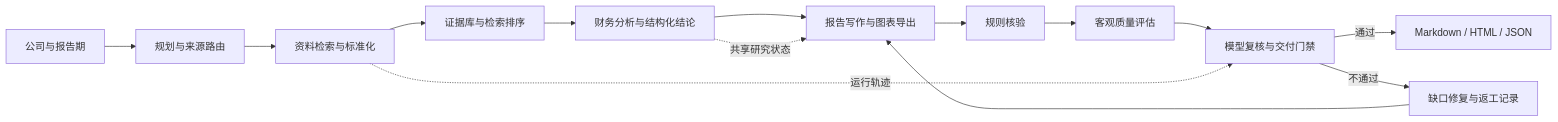
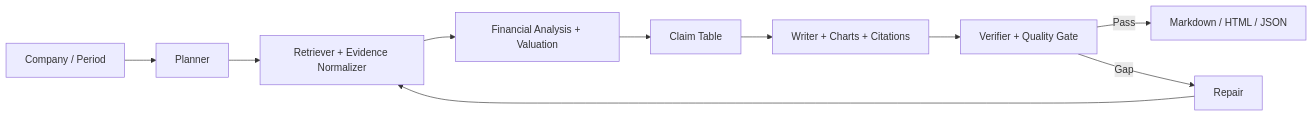
The diagram in README.md (wara886/DeepReport-), drawn with Mermaid before and after one commit. The commit also changed other lines of this file and 40 other files, not shown here.

````diff
--- a/README.md
+++ b/README.md
@@ -48,16 +30,12 @@
 ```mermaid
 flowchart LR
-    A[公司与报告期] --> B[规划与来源路由]
-    B --> C[资料检索与标准化]
-    C --> D[证据库与检索排序]
-    D --> E[财务分析与结构化结论]
-    E --> F[报告写作与图表导出]
-    F --> G[规则核验]
-    G --> H[客观质量评估]
-    H --> I[模型复核与交付门禁]
-    I -->|通过| J[Markdown / HTML / JSON]
-    I -->|不通过| K[缺口修复与返工记录]
-    K --> F
-    E -.共享研究状态.-> F
-    C -.运行轨迹.-> I
+    A[Company / Period] --> B[Planner]
+    B --> C[Retriever + Evidence Normalizer]
+    C --> D[Financial Analysis + Valuation]
+    D --> E[Claim Table]
+    E --> F[Writer + Charts + Citations]
+    F --> G[Verifier + Quality Gate]
+    G -->|Pass| H[Markdown / HTML / JSON]
+    G -->|Gap| I[Repair]
+    I --> C
 ```
````
